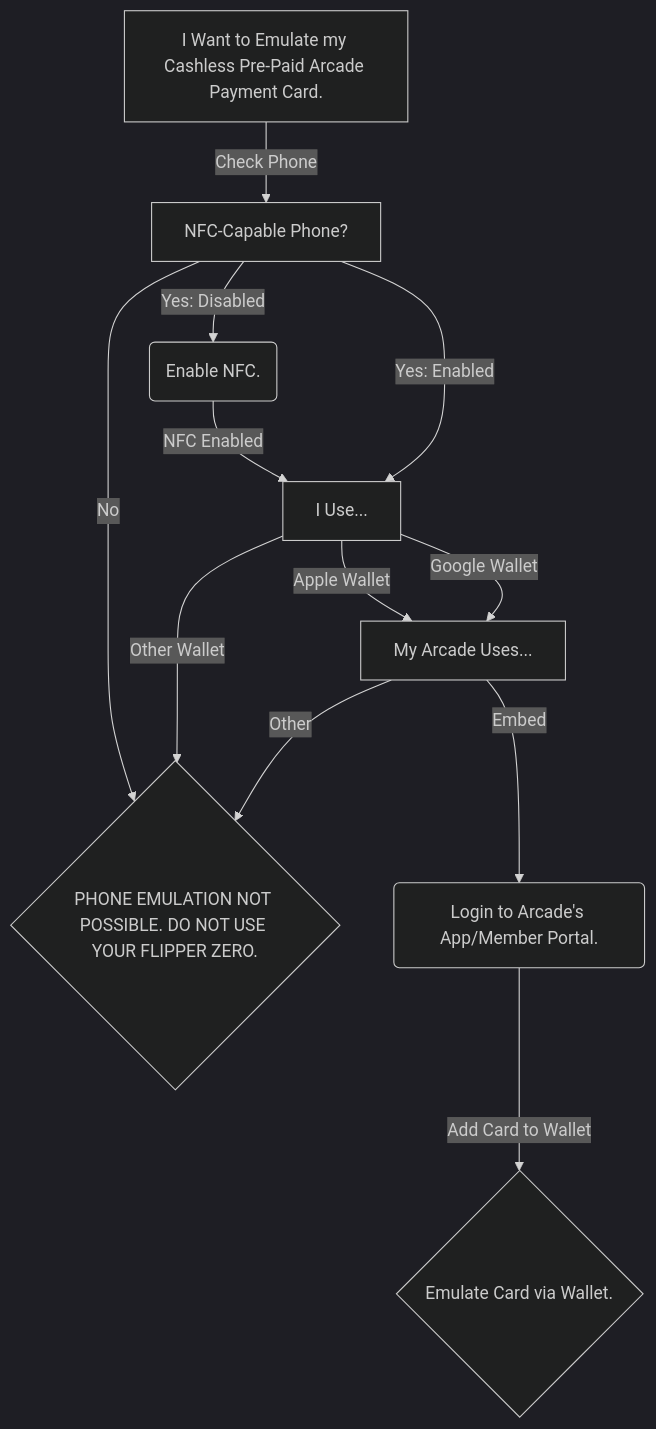
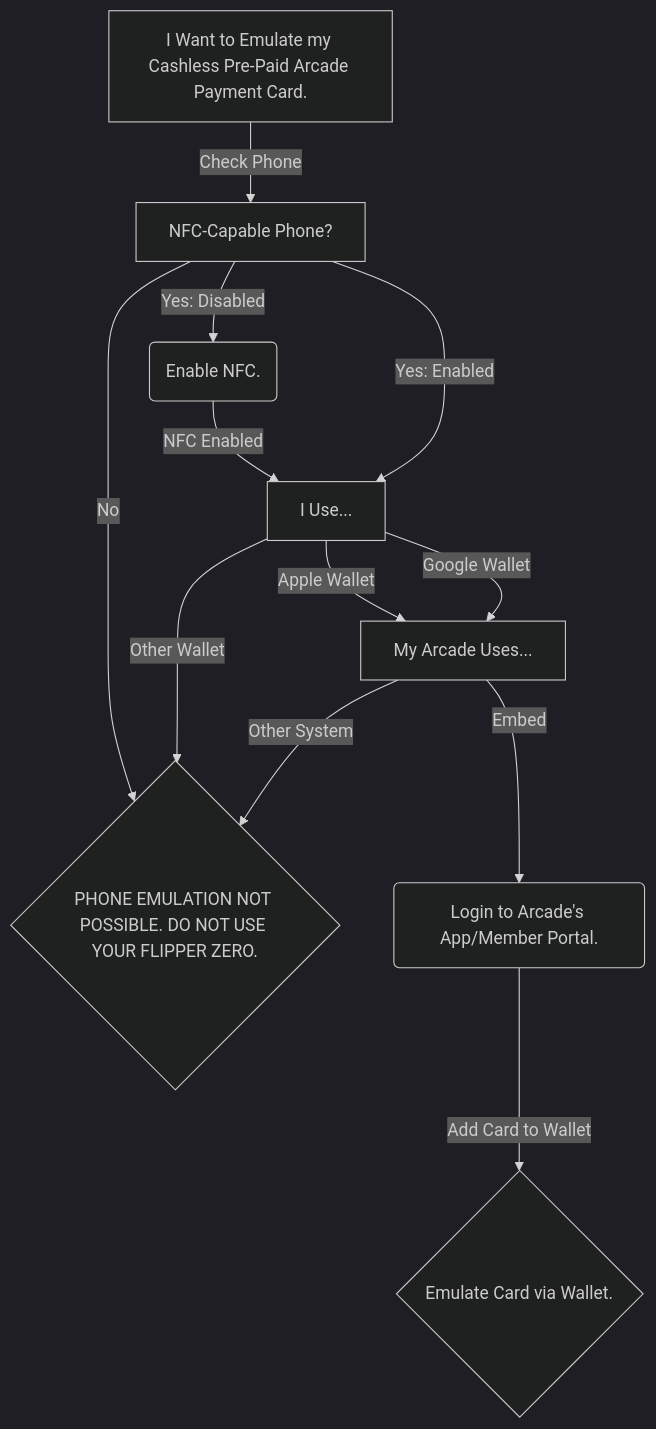
One commit to Flipper-Community/flipper-community-wiki changed the diagram in flip-wiki/docs/arcadecards.md. Above: the diagram before and after it, drawn with Mermaid (dark theme).

Commit message:
Updated mermaid flowchart in arcadecards.md
Added missing word

````diff
--- a/flip-wiki/docs/arcadecards.md
+++ b/flip-wiki/docs/arcadecards.md
@@ -23,14 +23,14 @@
 ``` mermaid
 flowchart TD
     A[I Want to Emulate my Cashless Pre-Paid Arcade Payment Card.] -->|Check Phone| B[NFC-Capable Phone?]
     B -->|No| H{PHONE EMULATION NOT POSSIBLE. DO NOT USE YOUR FLIPPER ZERO.}
     B -->|Yes: Disabled| D(Enable NFC.)
     D -->|NFC Enabled| C
     B -->|Yes: Enabled| C[I Use...]
     C -->|Apple Wallet| E[My Arcade Uses...]
     C -->|Google Wallet| E
     C -->|Other Wallet| H
     E -->|Embed| F(Login to Arcade's App/Member Portal.)
     F -->|Add Card to Wallet| G{Emulate Card via Wallet.}
-    E -->|Other| H
+    E -->|Other System| H
 ```
````
